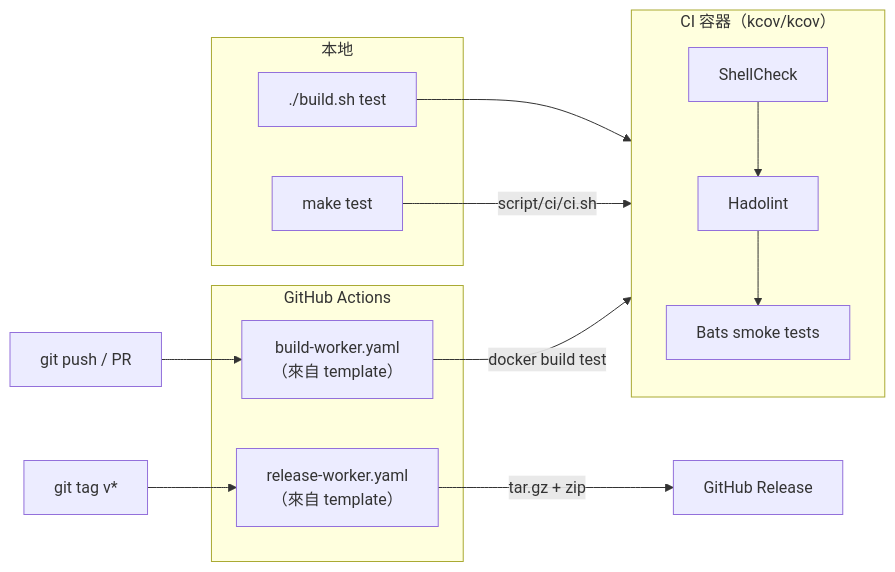
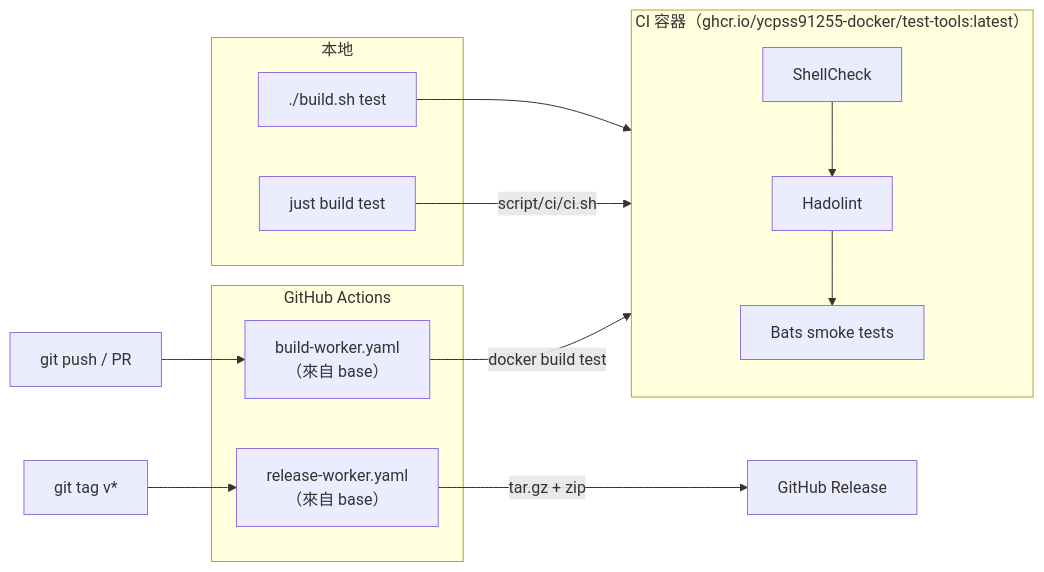
Before and after one commit to ycpss91255-docker/codex_cli: the second of 2 diagrams in .base/doc/readme/README.zh-TW.md, drawn with Mermaid. The commit also changed other lines of this file and 137 other files, not shown here.

````diff
--- a/.base/doc/readme/README.zh-TW.md
+++ b/.base/doc/readme/README.zh-TW.md
@@ -81,27 +81,27 @@
 ```mermaid
 flowchart LR
     subgraph local["本地"]
         build_test["./build.sh test"]
-        make_test["make test"]
+        make_test["just build test"]
     end
 
-    subgraph ci_container["CI 容器（kcov/kcov）"]
+    subgraph ci_container["CI 容器（ghcr.io/ycpss91255-docker/test-tools:latest）"]
         shellcheck["ShellCheck"]
         hadolint["Hadolint"]
         bats["Bats smoke tests"]
     end
 
     subgraph github["GitHub Actions"]
-        build_worker["build-worker.yaml<br/>（來自 template）"]
-        release_worker["release-worker.yaml<br/>（來自 template）"]
+        build_worker["build-worker.yaml<br/>（來自 base）"]
+        release_worker["release-worker.yaml<br/>（來自 base）"]
     end
 
     build_test --> ci_container
     make_test -->|"script/ci/ci.sh"| ci_container
     shellcheck --> hadolint --> bats
 
     push["git push / PR"] --> build_worker
     build_worker -->|"docker build test"| ci_container
     tag["git tag v*"] --> release_worker
     release_worker -->|"tar.gz + zip"| release["GitHub Release"]
 ```
````
